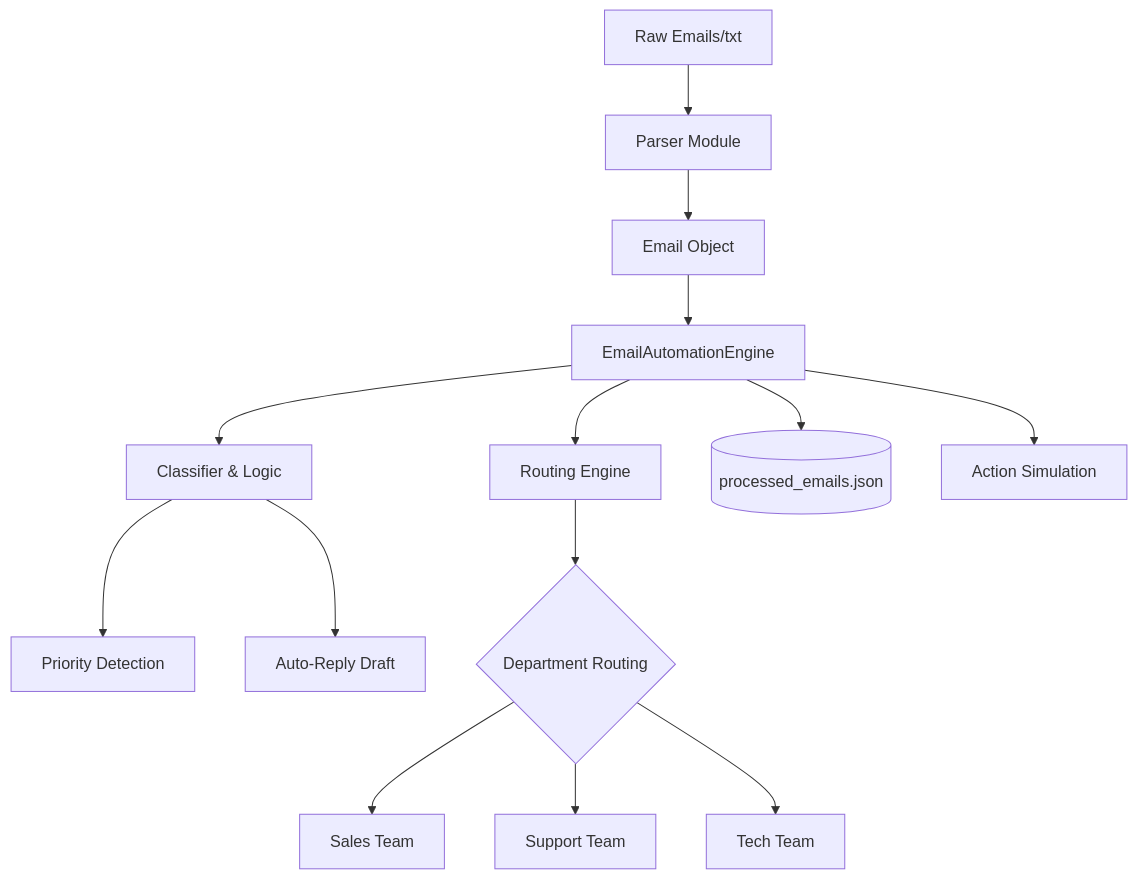
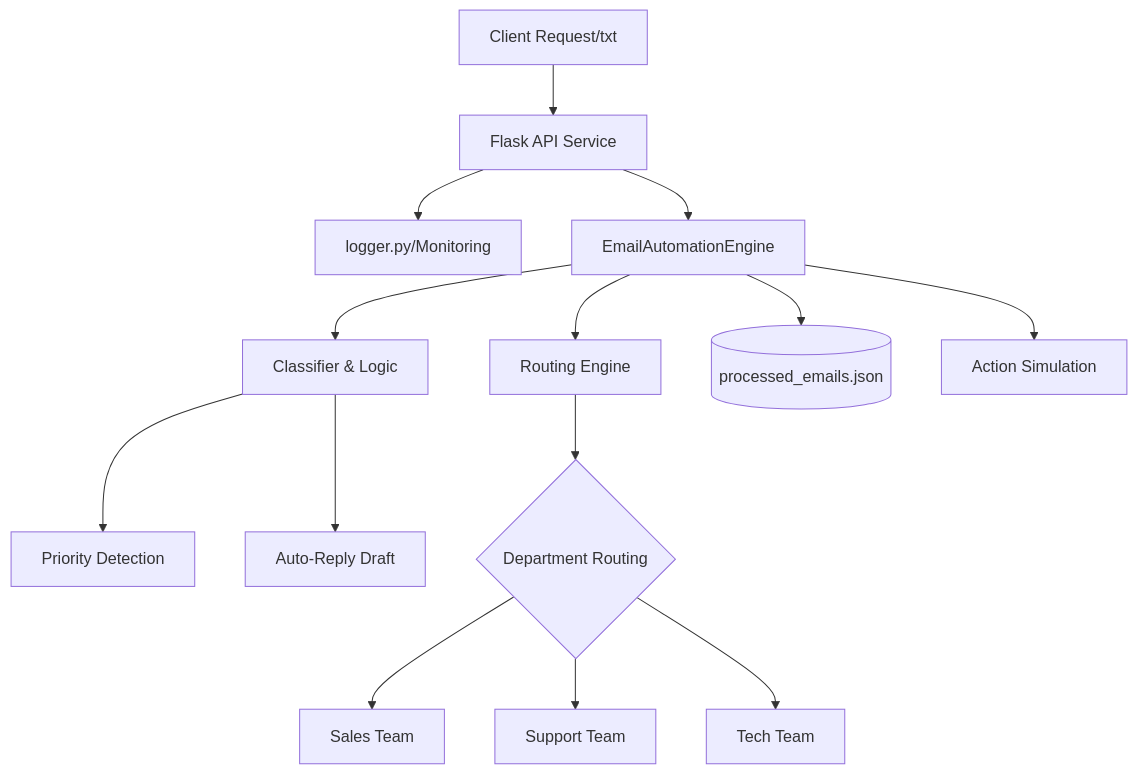
The diagram in README.md (KlarenceNevado/ai-email-automation), drawn with Mermaid before and after one commit. The commit also changed other lines of this file, not shown here.

Commit message:
Upgrade README to Portfolio Grade: Live API, Usage Examples, and Refined Architecture

````diff
--- a/README.md
+++ b/README.md
@@ -59,16 +82,16 @@
 ```mermaid
 graph TD
-    A[Raw Emails/txt] --> B[Parser Module]
-    B --> C[Email Object]
-    C --> D[EmailAutomationEngine]
+    A[Client Request/txt] --> B[Flask API Service]
+    B --> C[logger.py/Monitoring]
+    B --> D[EmailAutomationEngine]
     D --> E[Classifier & Logic]
     E --> F[Priority Detection]
     E --> G[Auto-Reply Draft]
     D --> H[Routing Engine]
     H --> I{Department Routing}
     I --> J[Sales Team]
     I --> K[Support Team]
     I --> L[Tech Team]
     D --> M[(processed_emails.json)]
     D --> N[Action Simulation]
 ```
````
